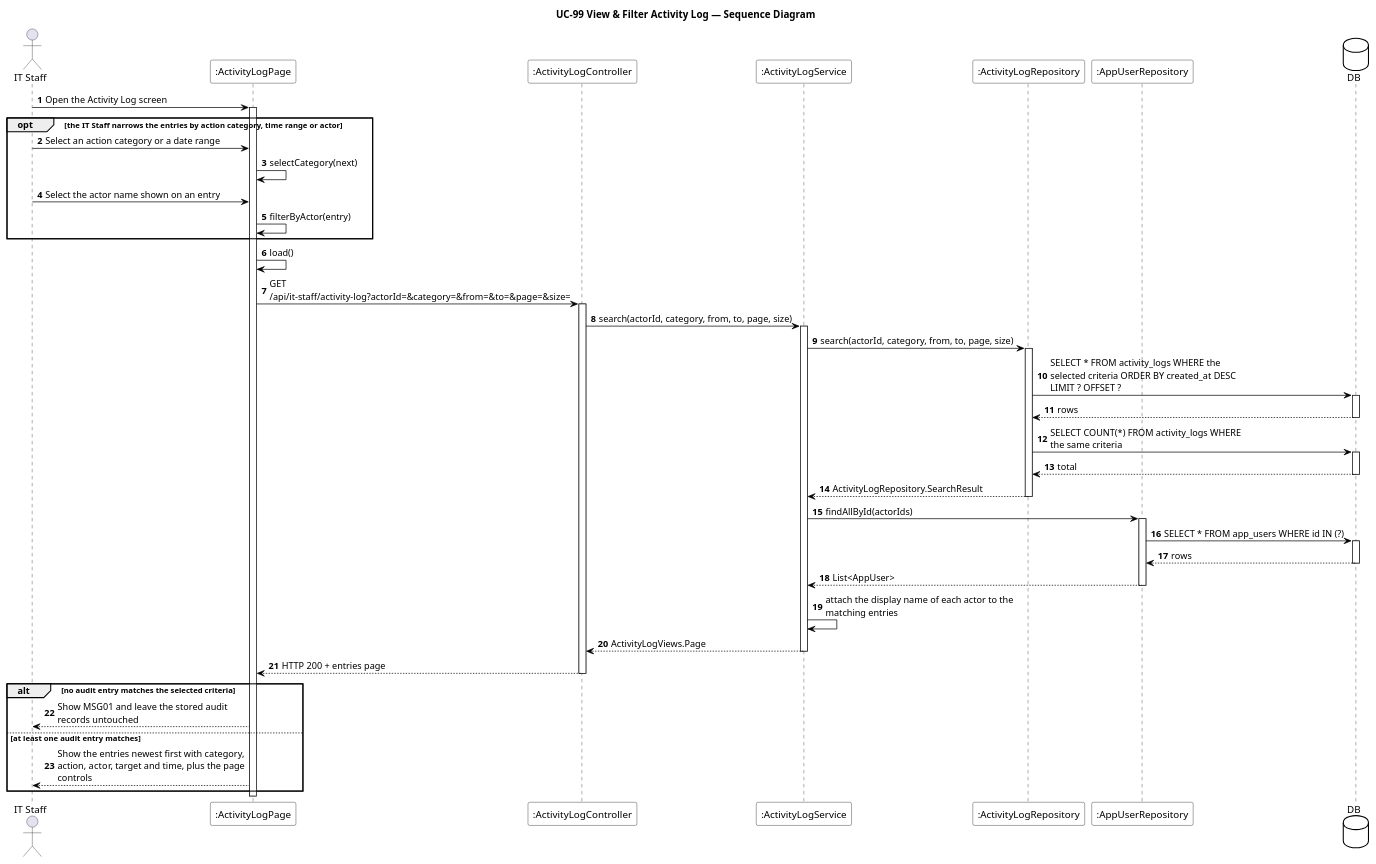
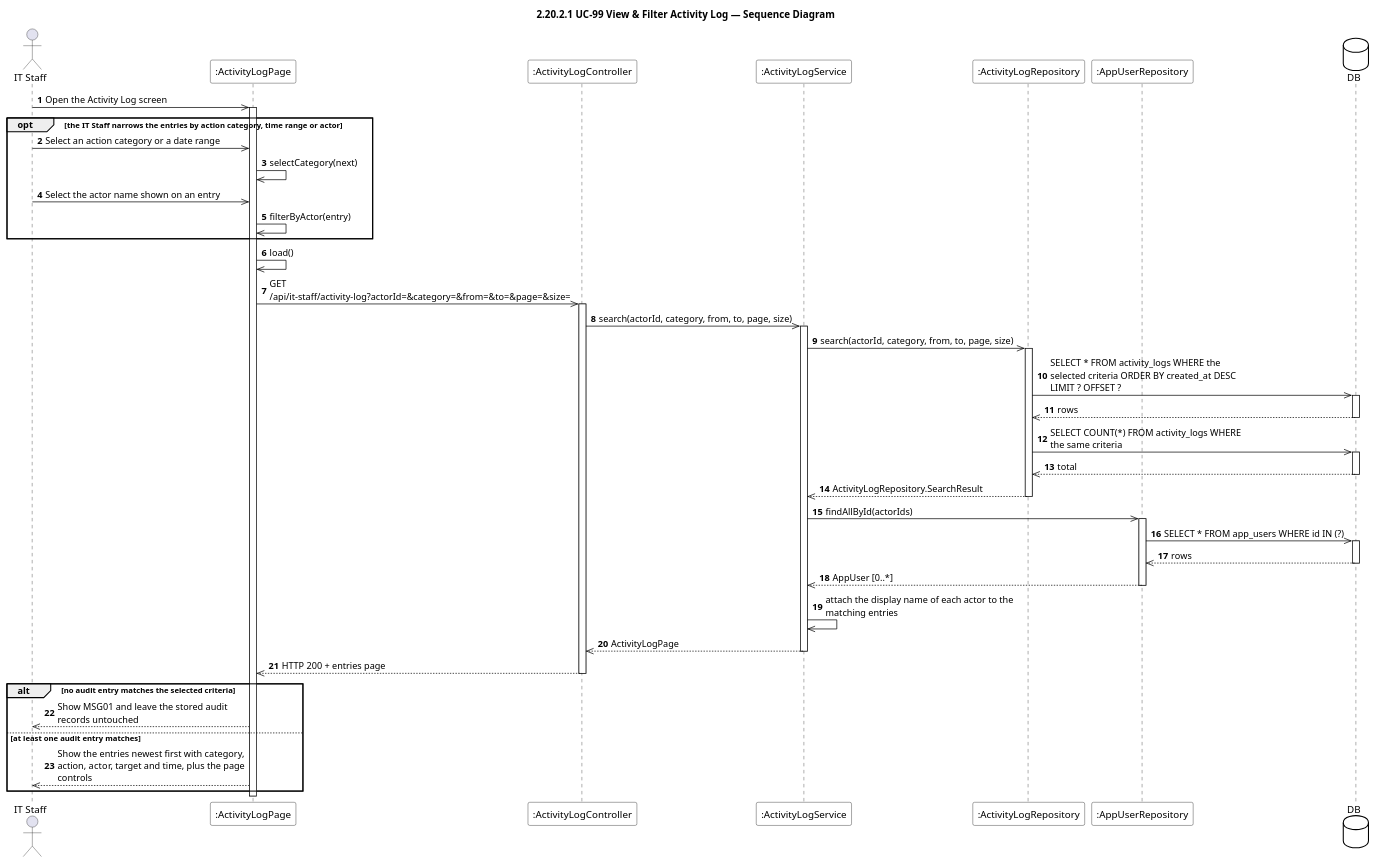
One commit to EduA-system/EduA-system changed the diagram in designs/sds-diagrams/uc99/uc99_sequence.puml. Above: the diagram before and after it, drawn with PlantUML. The commit also changed 585 other files, not shown here.

Commit message:
hình sequence diagram mới

```diff
--- a/designs/sds-diagrams/uc99/uc99_sequence.puml
+++ b/designs/sds-diagrams/uc99/uc99_sequence.puml
@@ -1,69 +1,69 @@
 @startuml UC-99 View and Filter Activity Log - Sequence Diagram
 skinparam defaultFontName "Segoe UI"
 skinparam shadowing false
 skinparam ParticipantBackgroundColor #FFFFFF
 skinparam ParticipantBorderColor #000000
 skinparam DatabaseBackgroundColor #FFFFFF
 skinparam DatabaseBorderColor #000000
 skinparam ArrowColor #000000
 skinparam sequenceMessageAlign left
 skinparam maxMessageSize 280
-title UC-99 View & Filter Activity Log — Sequence Diagram
+title 2.20.2.1 UC-99 View & Filter Activity Log — Sequence Diagram
 
 actor "IT Staff" as STAFF
 participant ":ActivityLogPage" as UI
 participant ":ActivityLogController" as CTL
 participant ":ActivityLogService" as SVC
 participant ":ActivityLogRepository" as REPO
 participant ":AppUserRepository" as USERS
 database DB
 
 autonumber
-STAFF -> UI : Open the Activity Log screen
+STAFF ->> UI : Open the Activity Log screen
 activate UI
 
 opt the IT Staff narrows the entries by action category, time range or actor
-  STAFF -> UI : Select an action category or a date range
-  UI -> UI : selectCategory(next)
-  STAFF -> UI : Select the actor name shown on an entry
-  UI -> UI : filterByActor(entry)
+  STAFF ->> UI : Select an action category or a date range
+  UI ->> UI : selectCategory(next)
+  STAFF ->> UI : Select the actor name shown on an entry
+  UI ->> UI : filterByActor(entry)
 end
 
-UI -> UI : load()
-UI -> CTL : GET /api/it-staff/activity-log?actorId=&category=&from=&to=&page=&size=
+UI ->> UI : load()
+UI ->> CTL : GET /api/it-staff/activity-log?actorId=&category=&from=&to=&page=&size=
 activate CTL
-CTL -> SVC : search(actorId, category, from, to, page, size)
+CTL ->> SVC : search(actorId, category, from, to, page, size)
 activate SVC
-SVC -> REPO : search(actorId, category, from, to, page, size)
+SVC ->> REPO : search(actorId, category, from, to, page, size)
 activate REPO
-REPO -> DB : SELECT * FROM activity_logs WHERE the selected criteria ORDER BY created_at DESC LIMIT ? OFFSET ?
+REPO ->> DB : SELECT * FROM activity_logs WHERE the selected criteria ORDER BY created_at DESC LIMIT ? OFFSET ?
 activate DB
-DB --> REPO : rows
+DB -->> REPO : rows
 deactivate DB
-REPO -> DB : SELECT COUNT(*) FROM activity_logs WHERE the same criteria
+REPO ->> DB : SELECT COUNT(*) FROM activity_logs WHERE the same criteria
 activate DB
-DB --> REPO : total
+DB -->> REPO : total
 deactivate DB
-REPO --> SVC : ActivityLogRepository.SearchResult
+REPO -->> SVC : ActivityLogRepository.SearchResult
 deactivate REPO
-SVC -> USERS : findAllById(actorIds)
+SVC ->> USERS : findAllById(actorIds)
 activate USERS
-USERS -> DB : SELECT * FROM app_users WHERE id IN (?)
+USERS ->> DB : SELECT * FROM app_users WHERE id IN (?)
 activate DB
-DB --> USERS : rows
+DB -->> USERS : rows
 deactivate DB
-USERS --> SVC : List<AppUser>
+USERS -->> SVC : AppUser [0..*]
 deactivate USERS
-SVC -> SVC : attach the display name of each actor to the matching entries
-SVC --> CTL : ActivityLogViews.Page
+SVC ->> SVC : attach the display name of each actor to the matching entries
+SVC -->> CTL : ActivityLogPage
 deactivate SVC
-CTL --> UI : HTTP 200 + entries page
+CTL -->> UI : HTTP 200 + entries page
 deactivate CTL
 
 alt no audit entry matches the selected criteria
-  UI --> STAFF : Show MSG01 and leave the stored audit records untouched
+  UI -->> STAFF : Show MSG01 and leave the stored audit records untouched
 else at least one audit entry matches
-  UI --> STAFF : Show the entries newest first with category, action, actor, target and time, plus the page controls
+  UI -->> STAFF : Show the entries newest first with category, action, actor, target and time, plus the page controls
 end
 deactivate UI
 @enduml
```
